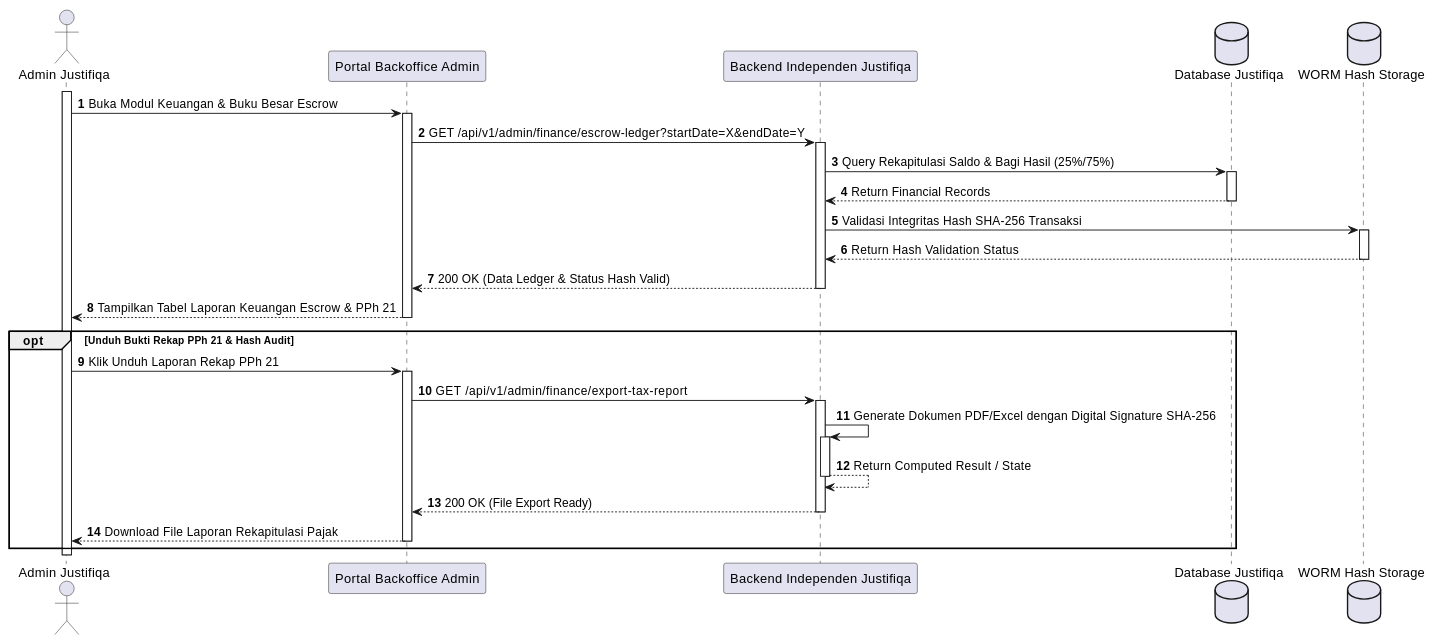
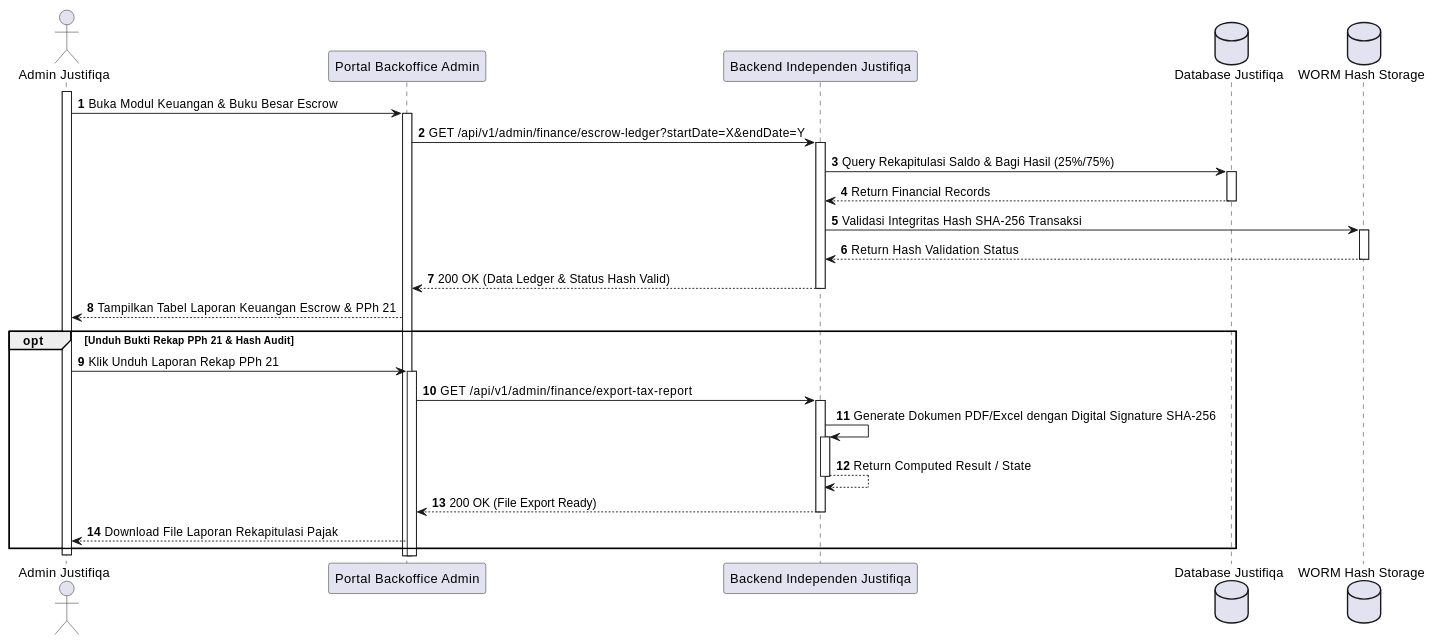
One commit to tupperwureism/SuperApp-Gagal changed diagram 12 of 27 in MarkDown/plantuml_sequence_diagrams.md. Above: the diagram before and after it, drawn with PlantUML. The commit also changed other lines of this file and 2 other files, not shown here.

Commit message:
fix(uml): remove shorthand deactivations from actor return arrows and prevent double deactivations across SD Justifiqa and Qualifa

````diff
--- a/MarkDown/plantuml_sequence_diagrams.md
+++ b/MarkDown/plantuml_sequence_diagrams.md
@@ -591,30 +570,30 @@
 ```plantuml
 @startuml
 autonumber
 actor "Admin Justifiqa" as Admin
 participant "Portal Backoffice Admin" as FE
 participant "Backend Independen Justifiqa" as BE
 database "Database Justifiqa" as DB
 database "WORM Hash Storage" as WORM
 
 activate Admin
 Admin -> FE ++ : Buka Modul Keuangan & Buku Besar Escrow
 FE -> BE ++ : GET /api/v1/admin/finance/escrow-ledger?startDate=X&endDate=Y
 BE -> DB ++ : Query Rekapitulasi Saldo & Bagi Hasil (25%/75%)
 DB --> BE -- : Return Financial Records
 BE -> WORM ++ : Validasi Integritas Hash SHA-256 Transaksi
 WORM --> BE -- : Return Hash Validation Status
 BE --> FE -- : 200 OK (Data Ledger & Status Hash Valid)
-FE --> Admin -- : Tampilkan Tabel Laporan Keuangan Escrow & PPh 21
+FE --> Admin : Tampilkan Tabel Laporan Keuangan Escrow & PPh 21
 
 opt Unduh Bukti Rekap PPh 21 & Hash Audit
     Admin -> FE ++ : Klik Unduh Laporan Rekap PPh 21
     FE -> BE ++ : GET /api/v1/admin/finance/export-tax-report
     BE -> BE ++ : Generate Dokumen PDF/Excel dengan Digital Signature SHA-256
     BE --> BE -- : Return Computed Result / State
     BE --> FE -- : 200 OK (File Export Ready)
-    FE --> Admin -- : Download File Laporan Rekapitulasi Pajak
+    FE --> Admin : Download File Laporan Rekapitulasi Pajak
 end
 deactivate Admin
 @enduml
 ```
````
